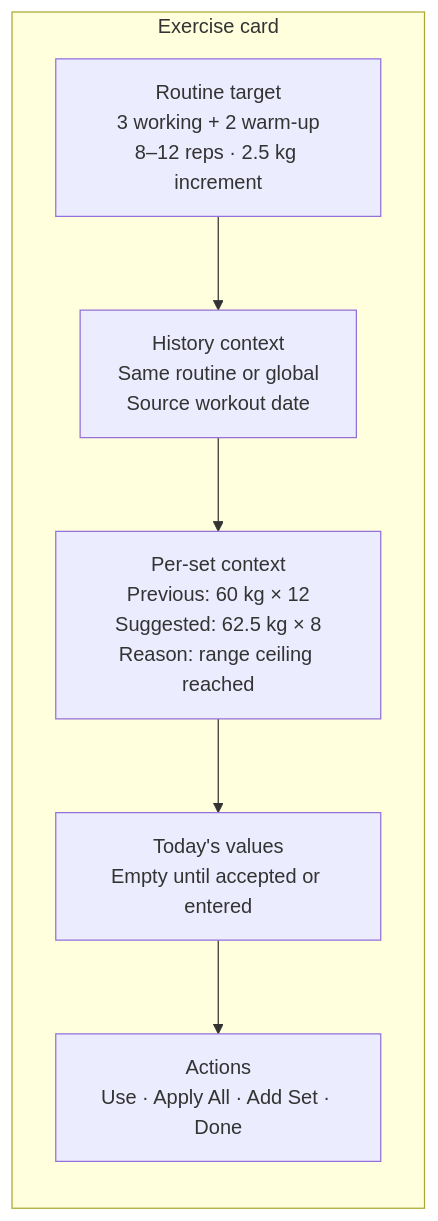
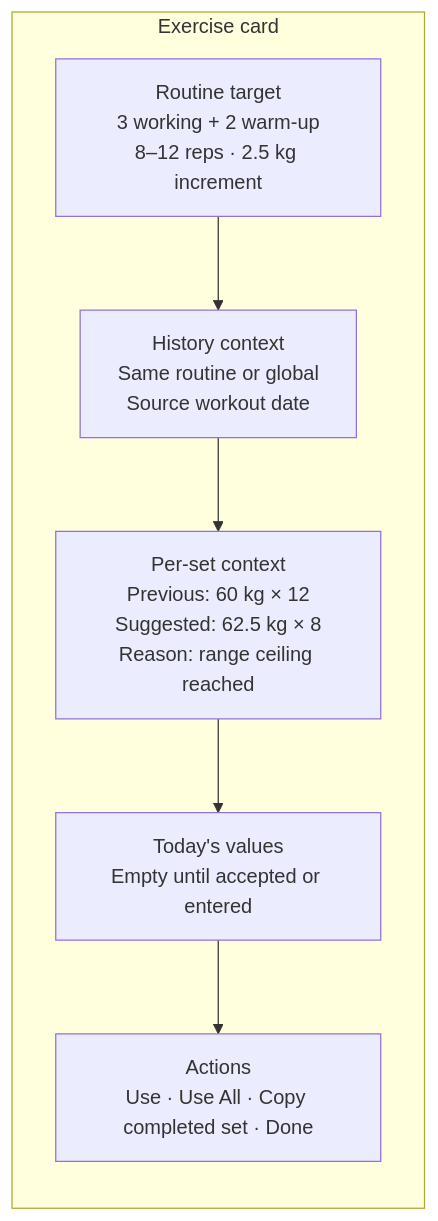
Before and after one commit to AgentOS-IRL/Neural-Loop: the second of 5 diagrams in Neural Loop/fitness/GuidedWorkoutProgressionUX.md, drawn with Mermaid. The commit also changed other lines of this file and 10 other files, not shown here.

````diff
--- a/Neural Loop/fitness/GuidedWorkoutProgressionUX.md
+++ b/Neural Loop/fitness/GuidedWorkoutProgressionUX.md
@@ -46,11 +46,11 @@
 ```mermaid
 flowchart LR
     subgraph Card["Exercise card"]
         A["Routine target<br/>3 working + 2 warm-up<br/>8–12 reps · 2.5 kg increment"]
         B["History context<br/>Same routine or global<br/>Source workout date"]
         C["Per-set context<br/>Previous: 60 kg × 12<br/>Suggested: 62.5 kg × 8<br/>Reason: range ceiling reached"]
         D["Today's values<br/>Empty until accepted or entered"]
-        E["Actions<br/>Use · Apply All · Add Set · Done"]
+        E["Actions<br/>Use · Use All · Copy completed set · Done"]
         A --> B --> C --> D --> E
     end
 ```
````
